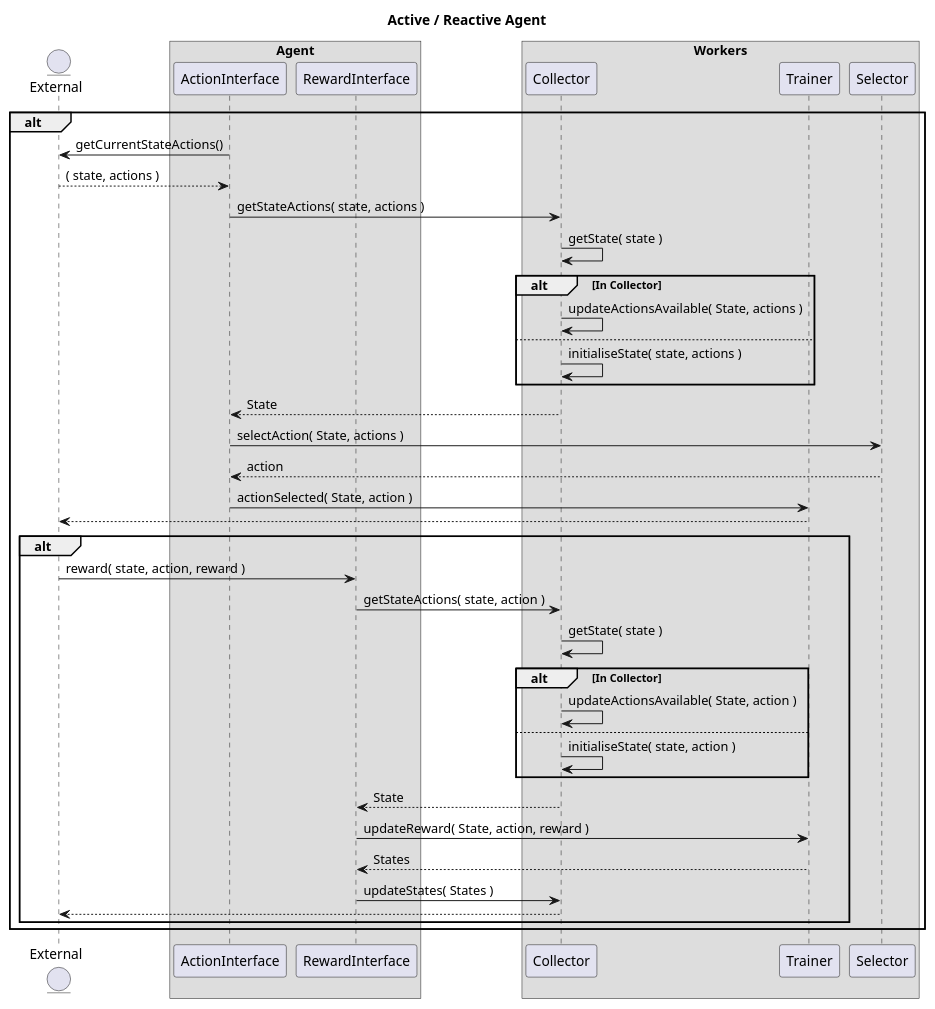
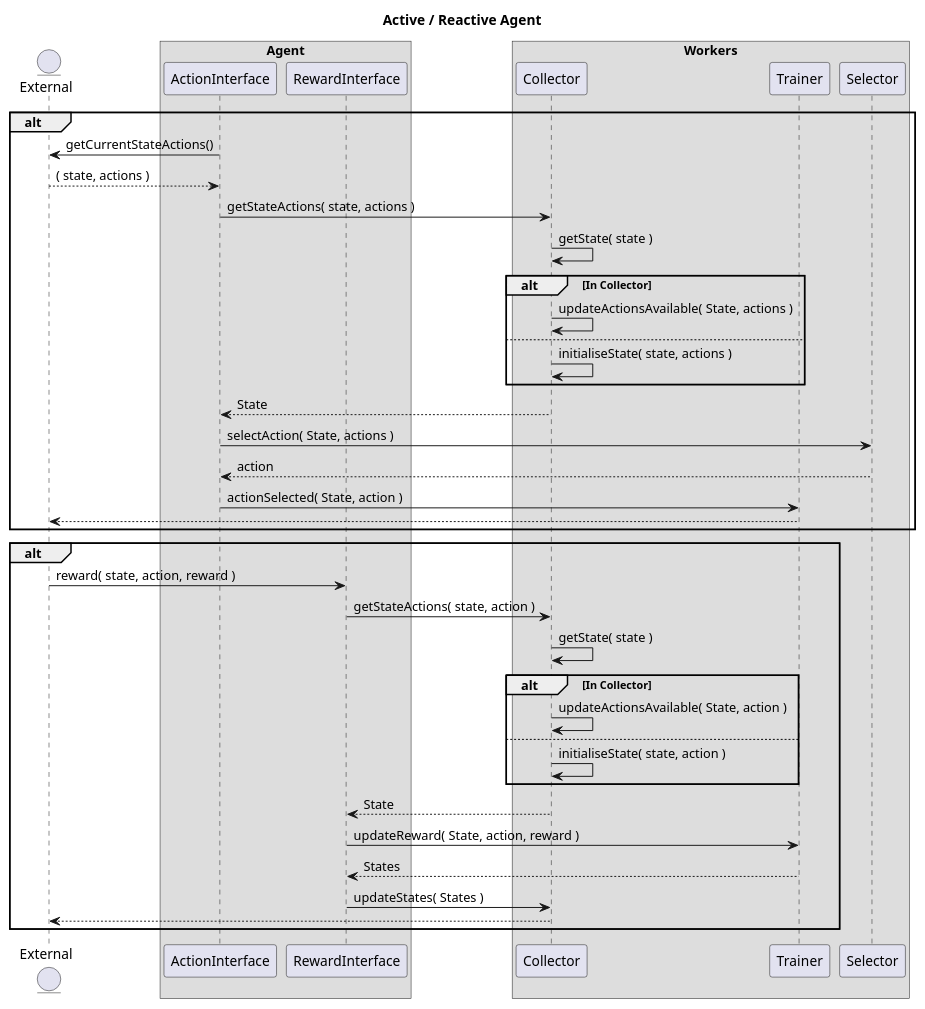
The diagram in Uml/SequenceDiagram/Agent AR.plantuml (vhorta73/RL-Perl), drawn with PlantUML before and after one commit. The commit also changed 1 other file, not shown here.

Commit message:
Agent Sequence Diagram changes
Make the alt paths independent on AR and RR Agent types.

```diff
--- a/Uml/SequenceDiagram/Agent AR.plantuml
+++ b/Uml/SequenceDiagram/Agent AR.plantuml
@@ -1,55 +1,55 @@
 @startuml
 
 title Active / Reactive Agent
 
 entity External
 
 box "Agent"
   participant ActionInterface 
   participant RewardInterface 
 end box
 
 box "Workers"
   participant Collector
   participant Trainer
   participant Selector 
 end box
 
 alt
   External          <- ActionInterface  : getCurrentStateActions()
   External         --> ActionInterface  : ( state, actions )
   ActionInterface   -> Collector        : getStateActions( state, actions )
   Collector         -> Collector        : getState( state )
 
   alt In Collector
     Collector   -> Collector            : updateActionsAvailable( State, actions )
   else
     Collector   -> Collector            : initialiseState( state, actions )
   end
 
   ActionInterface    <-- Collector      : State
   ActionInterface     -> Selector       : selectAction( State, actions )
   ActionInterface    <-- Selector       : action
   ActionInterface     -> Trainer        : actionSelected( State, action )
   External           <-- Trainer
-
-  alt
-    External         -> RewardInterface : reward( state, action, reward )
-    RewardInterface  -> Collector       : getStateActions( state, action )
-    Collector        -> Collector       : getState( state )
-
-    alt In Collector
-      Collector   -> Collector          : updateActionsAvailable( State, action )
-    else
-      Collector   -> Collector          : initialiseState( state, action )
-    end
-
-    RewardInterface  <-- Collector      : State
-    RewardInterface   -> Trainer        : updateReward( State, action, reward )
-    RewardInterface  <-- Trainer        : States
-    RewardInterface   -> Collector      : updateStates( States )
-    External         <-- Collector
-  end 
 end
 
+alt
+  External         -> RewardInterface   : reward( state, action, reward )
+  RewardInterface  -> Collector         : getStateActions( state, action )
+  Collector        -> Collector         : getState( state )
+
+  alt In Collector
+    Collector   -> Collector            : updateActionsAvailable( State, action )
+  else
+    Collector   -> Collector            : initialiseState( state, action )
+  end
+
+  RewardInterface  <-- Collector        : State
+  RewardInterface   -> Trainer          : updateReward( State, action, reward )
+  RewardInterface  <-- Trainer          : States
+  RewardInterface   -> Collector        : updateStates( States )
+  External         <-- Collector
+end 
+
 @enduml
```
